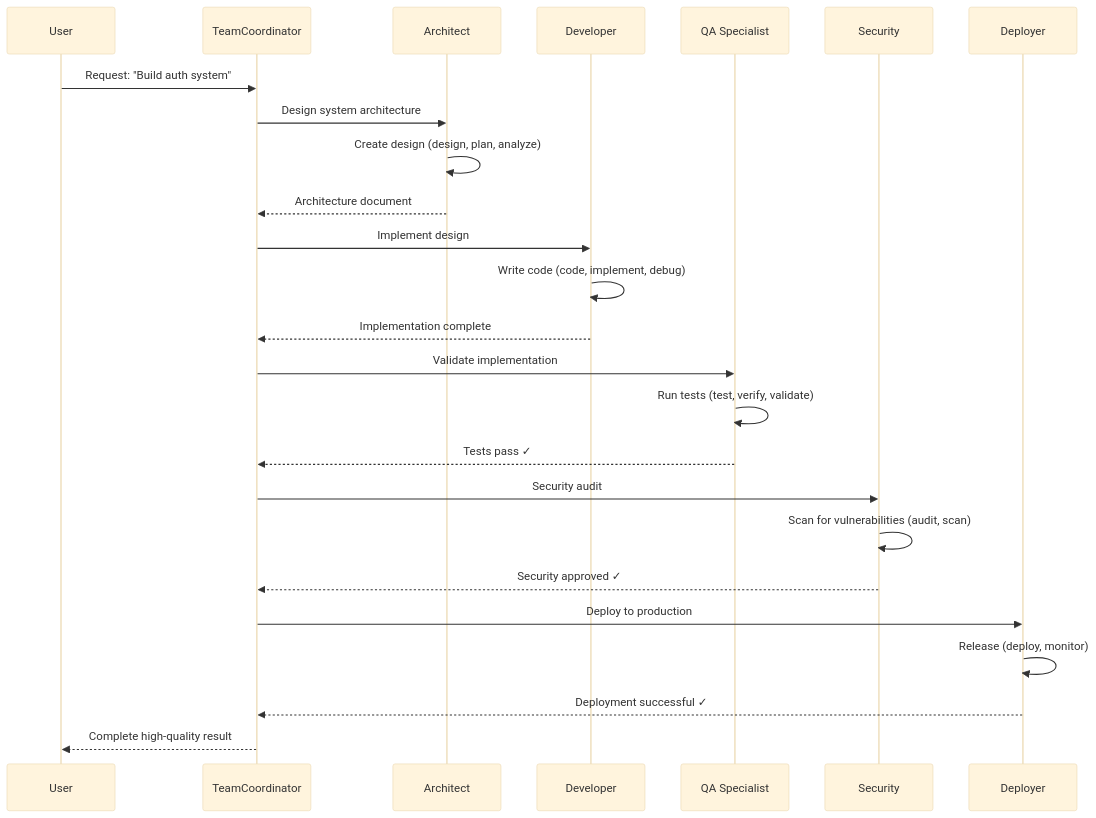
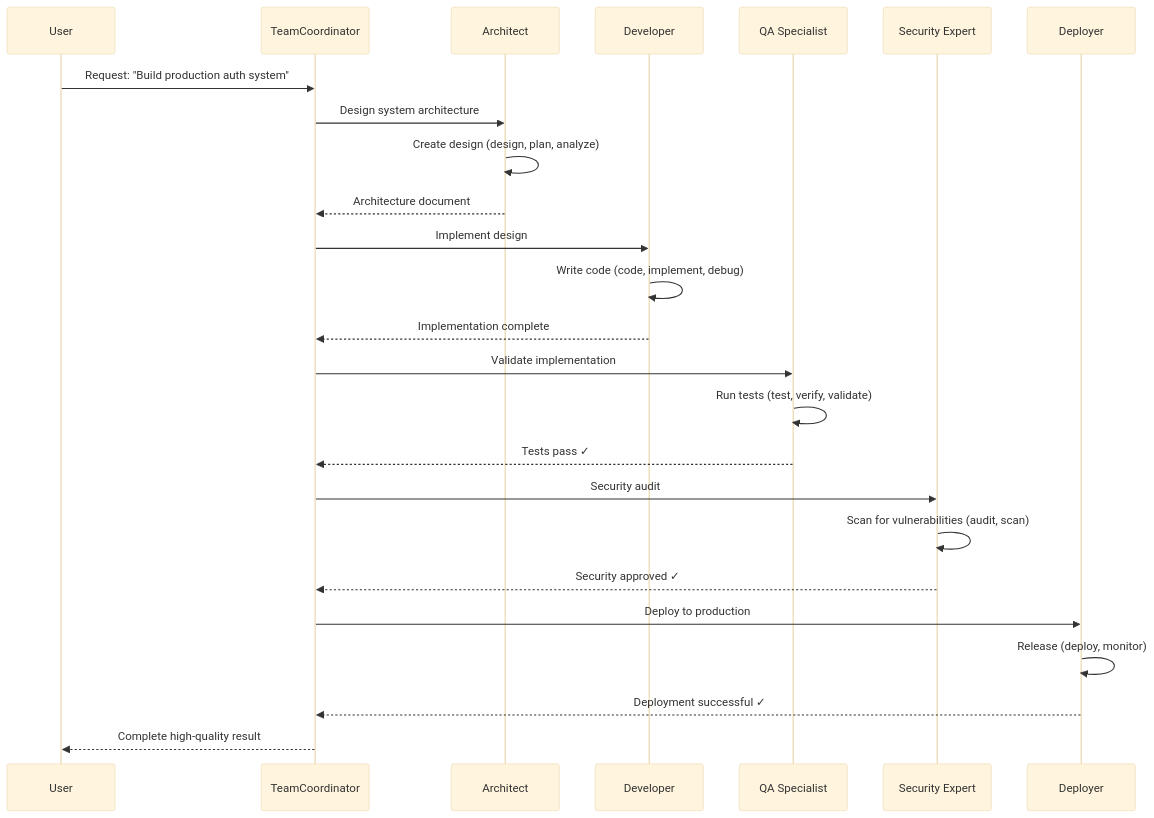
Before and after one commit to Ghenghis/Super-Goose: the fourth of 8 diagrams in README.md, drawn with Mermaid (base theme). The commit also changed other lines of this file, not shown here.

````diff
--- a/README.md
+++ b/README.md
@@ -189,33 +304,33 @@
 ```mermaid
 sequenceDiagram
     participant U as User
     participant TC as TeamCoordinator
     participant AR as Architect
     participant DV as Developer
     participant QA as QA Specialist
-    participant SC as Security
+    participant SC as Security Expert
     participant DP as Deployer
 
-    U->>TC: Request: "Build auth system"
+    U->>TC: Request: "Build production auth system"
     TC->>AR: Design system architecture
     AR->>AR: Create design (design, plan, analyze)
     AR-->>TC: Architecture document
 
     TC->>DV: Implement design
     DV->>DV: Write code (code, implement, debug)
     DV-->>TC: Implementation complete
 
     TC->>QA: Validate implementation
     QA->>QA: Run tests (test, verify, validate)
     QA-->>TC: Tests pass ✓
 
     TC->>SC: Security audit
     SC->>SC: Scan for vulnerabilities (audit, scan)
     SC-->>TC: Security approved ✓
 
     TC->>DP: Deploy to production
     DP->>DP: Release (deploy, monitor)
     DP-->>TC: Deployment successful ✓
 
     TC-->>U: Complete high-quality result
 ```
````
